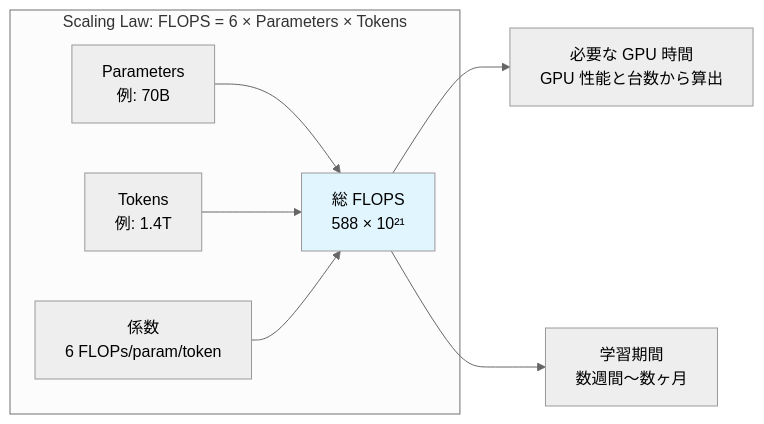
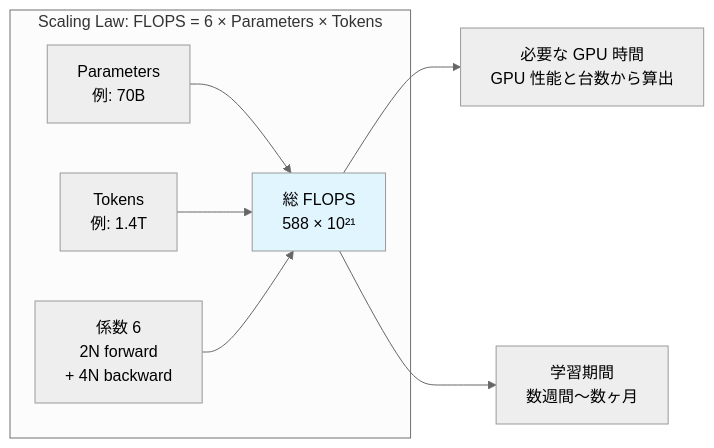
One commit to littlemex/zenn changed the second of 7 diagrams in books/distributed-experiment-collection/background.md. Above: the diagram before and after it, drawn with Mermaid (neutral theme). The commit also changed other lines of this file, not shown here.

````diff
--- a/books/distributed-experiment-collection/background.md
+++ b/books/distributed-experiment-collection/background.md
@@ -177,13 +235,13 @@
 ```mermaid
 graph LR
     subgraph "Scaling Law: FLOPS = 6 × Parameters × Tokens"
     A[Parameters<br/>例: 70B] --> D[総 FLOPS<br/>588 × 10²¹]
     B[Tokens<br/>例: 1.4T] --> D
-    C[係数<br/>6 FLOPs/param/token] --> D
+    C[係数 6<br/>2N forward<br/>+ 4N backward] --> D
     end
     
     D --> E[必要な GPU 時間<br/>GPU 性能と台数から算出]
     D --> F[学習期間<br/>数週間〜数ヶ月]
     
     style D fill:#e1f5ff
 ```
````
